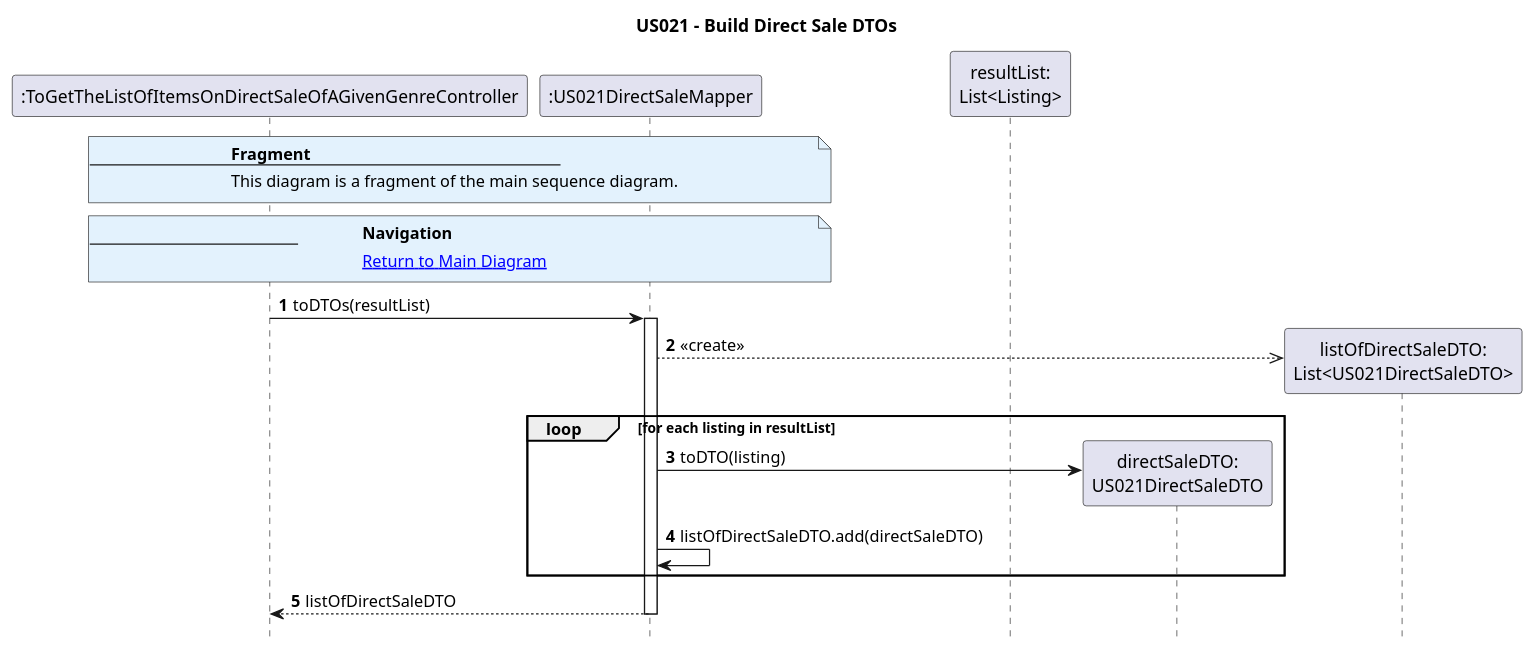
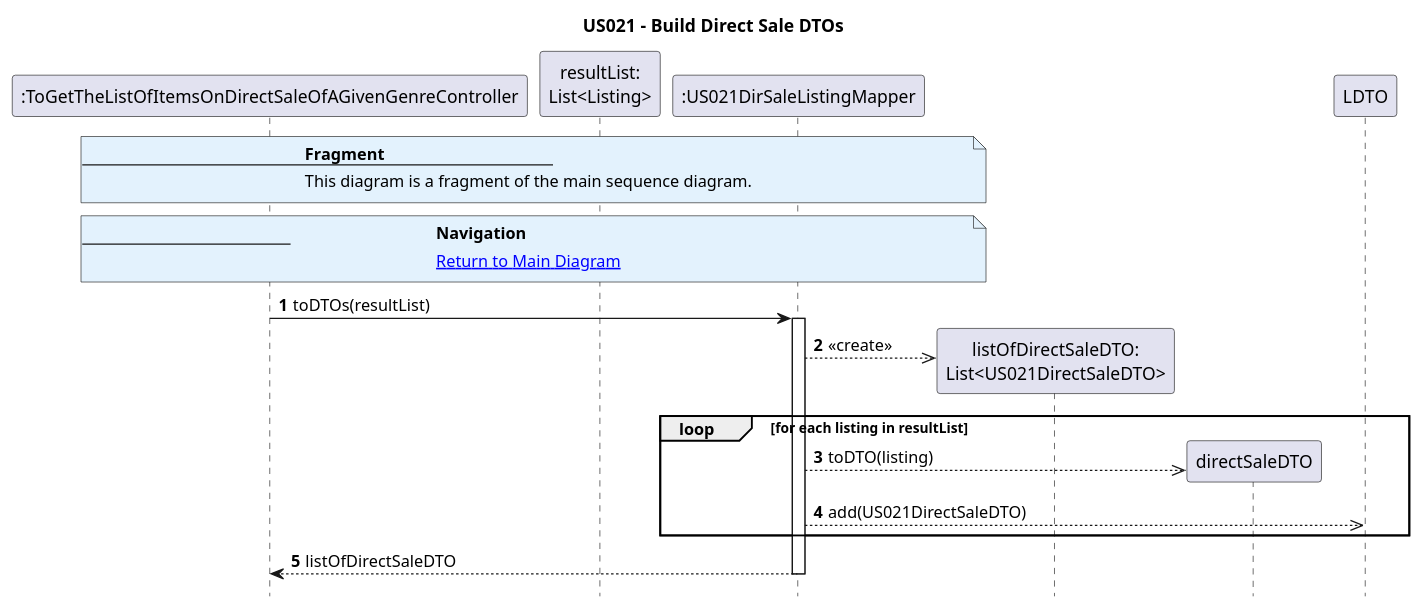
Before and after one commit to AndrePereiraGitH/SWitCH-Project-Team_A: the diagram in Diagrams/SequenceDiagrams/N2/US021-to-get-the-list-of-items-on-direct-sale-of-a-given-genre/4.BuildDirectSaleDTOs.puml, drawn with PlantUML. The commit also changed 5 other files, not shown here.

```diff
--- a/Diagrams/SequenceDiagrams/N2/US021-to-get-the-list-of-items-on-direct-sale-of-a-given-genre/4.BuildDirectSaleDTOs.puml
+++ b/Diagrams/SequenceDiagrams/N2/US021-to-get-the-list-of-items-on-direct-sale-of-a-given-genre/4.BuildDirectSaleDTOs.puml
@@ -1,37 +1,36 @@
 @startuml
 hide footbox
 autonumber
 title US021 - Build Direct Sale DTOs
 
 participant ":ToGetTheListOfItemsOnDirectSaleOfAGivenGenreController" as Ctrl
-participant ":US021DirectSaleMapper" as mapper
 participant "resultList:\nList<Listing>" as ResultList
-participant "directSaleDTO:\nUS021DirectSaleDTO" as directSaleDTO
+participant ":US021DirSaleListingMapper" as mapper
 participant "listOfDirectSaleDTO:\nList<US021DirectSaleDTO>" as listOfDirectSaleDTO
 
 note over Ctrl, mapper #E3F2FD
 <b>Fragment</b>
 ---
 This diagram is a fragment of the main sequence diagram.
 end note
 
 note over Ctrl, mapper #E3F2FD
 <b>Navigation</b>
 ---
 [[1.MainDiagram.puml Return to Main Diagram]]
 end note
 
 Ctrl -> mapper : toDTOs(resultList)
 activate mapper
 
 mapper -->> listOfDirectSaleDTO ** : <<create>>
 
 loop for each listing in resultList
-    mapper -> directSaleDTO ** : toDTO(listing)
-    mapper -> mapper : listOfDirectSaleDTO.add(directSaleDTO)
+    mapper -->> directSaleDTO ** : toDTO(listing)
+    mapper -->> LDTO : add(US021DirectSaleDTO)
 end
 
 mapper --> Ctrl : listOfDirectSaleDTO
 deactivate mapper
 
 @enduml
```
